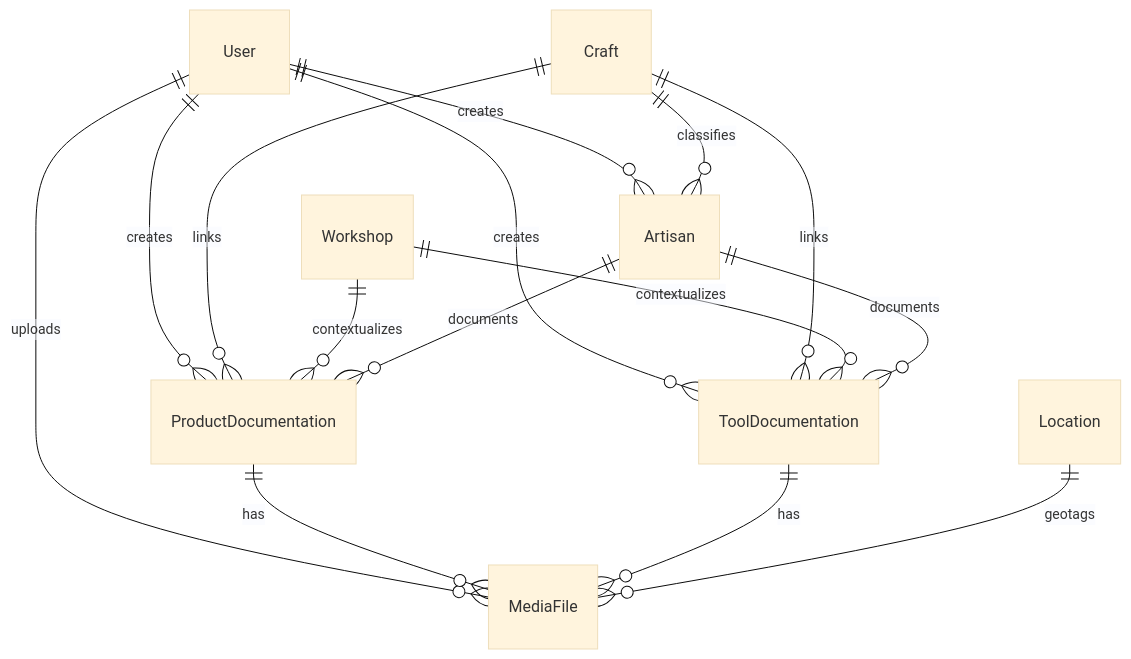
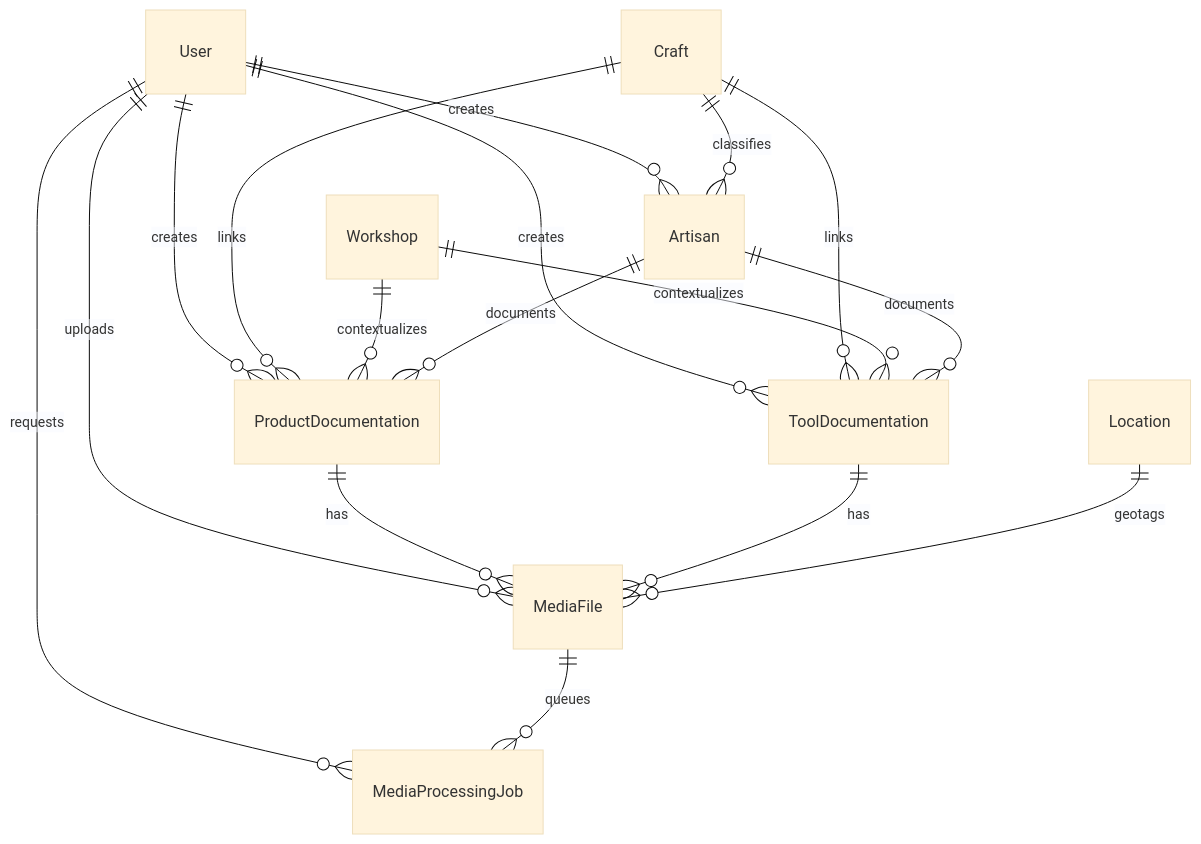
Before and after one commit to cxacraftecosystem-ui/documentation-portal: the tenth of 12 diagrams in docs/ARCHITECTURE.md, drawn with Mermaid (base theme). The commit also changed other lines of this file and 22 other files, not shown here.

Commit message:
Add durable media processing queue

````diff
--- a/docs/ARCHITECTURE.md
+++ b/docs/ARCHITECTURE.md
@@ -192,17 +209,19 @@
 ```mermaid
 erDiagram
   User ||--o{ Artisan : creates
   User ||--o{ ProductDocumentation : creates
   User ||--o{ ToolDocumentation : creates
   User ||--o{ MediaFile : uploads
+  User ||--o{ MediaProcessingJob : requests
+  MediaFile ||--o{ MediaProcessingJob : queues
   Craft ||--o{ Artisan : classifies
   Craft ||--o{ ProductDocumentation : links
   Craft ||--o{ ToolDocumentation : links
   Workshop ||--o{ ProductDocumentation : contextualizes
   Workshop ||--o{ ToolDocumentation : contextualizes
   Artisan ||--o{ ProductDocumentation : documents
   Artisan ||--o{ ToolDocumentation : documents
   ProductDocumentation ||--o{ MediaFile : has
   ToolDocumentation ||--o{ MediaFile : has
   Location ||--o{ MediaFile : geotags
 ```
````
